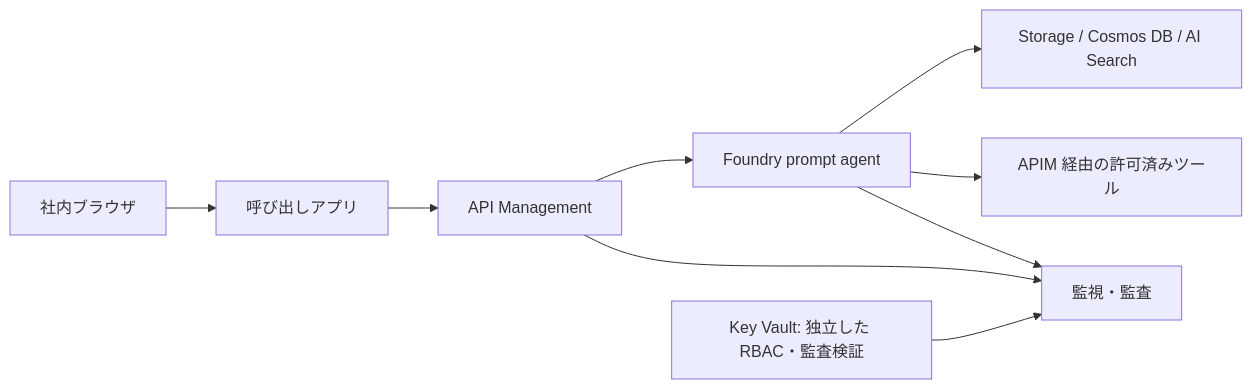
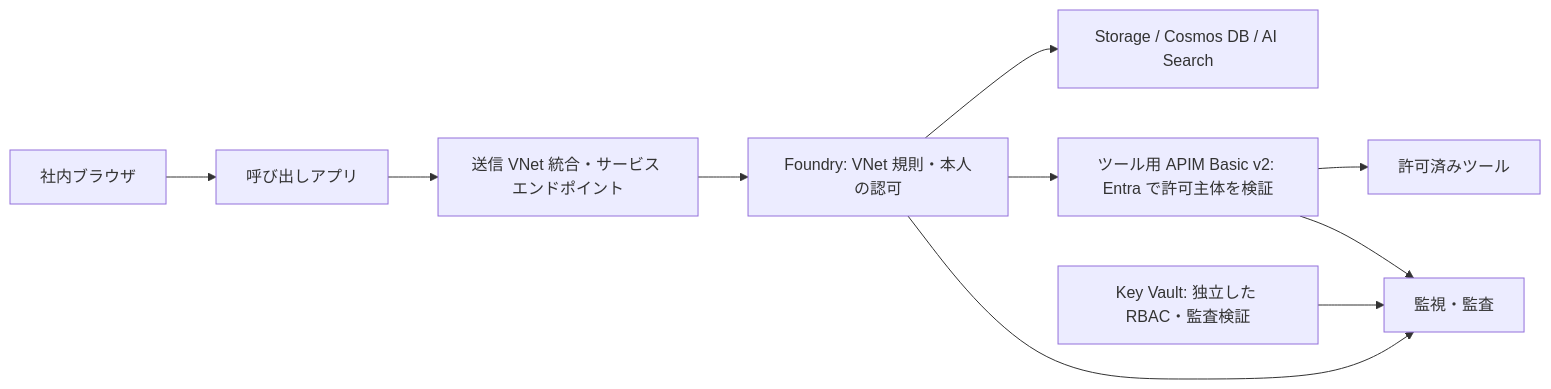
The diagram in README.md (foundry-friends/azure-agent-governance-lab), drawn with Mermaid before and after one commit. The commit also changed other lines of this file and 15 other files, not shown here.

````diff
--- a/README.md
+++ b/README.md
@@ -53,11 +60,12 @@
 ```mermaid
 flowchart LR
   U[社内ブラウザ] --> A[呼び出しアプリ]
-  A --> G[API Management]
-  G --> F[Foundry prompt agent]
+  A --> V[送信 VNet 統合・サービス エンドポイント]
+  V --> F[Foundry: VNet 規則・本人の認可]
   F --> D[Storage / Cosmos DB / AI Search]
-  F --> T[APIM 経由の許可済みツール]
+  F --> G[ツール用 APIM Basic v2: Entra で許可主体を検証]
+  G --> T[許可済みツール]
   F --> M[監視・監査]
   G --> M
   K[Key Vault: 独立した RBAC・監査検証] --> M
 ```
````
